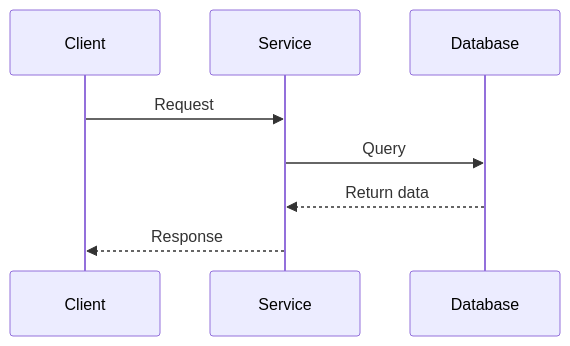
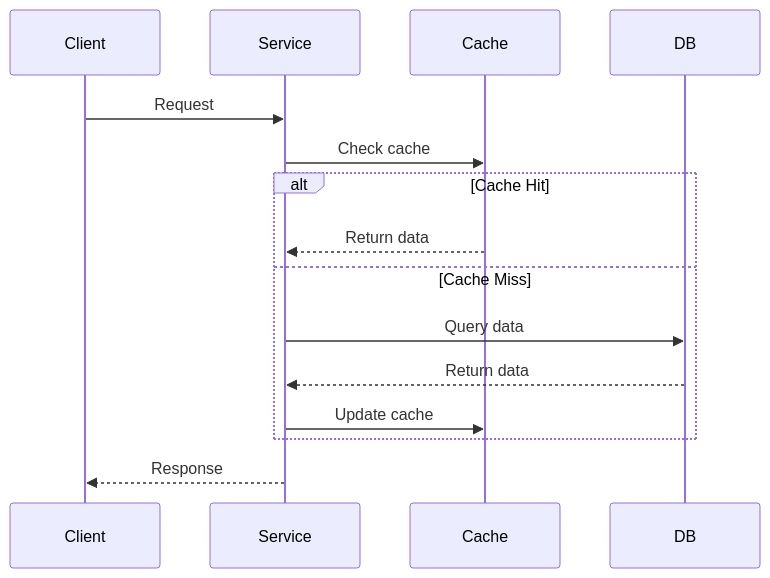
One commit to fivemeepo/park_ride changed the ninth of 12 diagrams in .ttadk/plugins/ttadk/core/resources/templates/technical-design-template.md. Above: the diagram before and after it, drawn with Mermaid. The commit also changed other lines of this file and 14 other files, not shown here.

````diff
--- a/.ttadk/plugins/ttadk/core/resources/templates/technical-design-template.md
+++ b/.ttadk/plugins/ttadk/core/resources/templates/technical-design-template.md
@@ -120,10 +460,18 @@
 ```mermaid
 sequenceDiagram
-    participant Client as Client
-    participant Service as Service
-    participant DB as Database
+    participant Client
+    participant Service
+    participant Cache
+    participant DB
+
     Client->>Service: Request
-    Service->>DB: Query
-    DB-->>Service: Return data
+    Service->>Cache: Check cache
+    alt Cache Hit
+        Cache-->>Service: Return data
+    else Cache Miss
+        Service->>DB: Query data
+        DB-->>Service: Return data
+        Service->>Cache: Update cache
+    end
     Service-->>Client: Response
 ```
````
